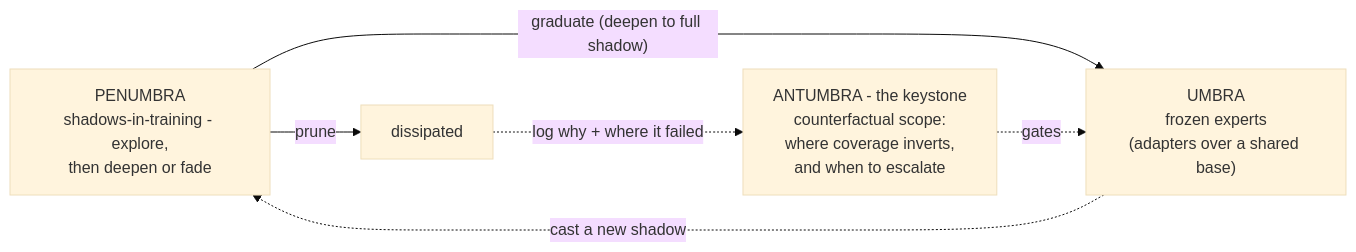
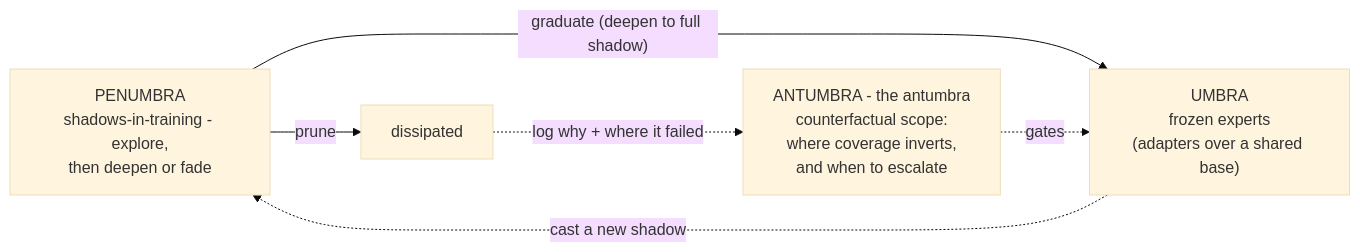
Before and after one commit to albedosehen/antumbra: the first of 15 diagrams in docs/diagrams.md, drawn with Mermaid (base theme). The commit also changed other lines of this file and 22 other files, not shown here.

````diff
--- a/docs/diagrams.md
+++ b/docs/diagrams.md
@@ -19,8 +19,8 @@
 ```mermaid
 flowchart LR
     PEN["PENUMBRA<br/>shadows-in-training - explore,<br/>then deepen or fade"] -->|"graduate (deepen to full shadow)"| UMB["UMBRA<br/>frozen experts<br/>(adapters over a shared base)"]
     PEN -->|"prune"| X["dissipated"]
     UMB -.->|"cast a new shadow"| PEN
-    ANT["ANTUMBRA - the keystone<br/>counterfactual scope:<br/>where coverage inverts,<br/>and when to escalate"] -.->|"gates"| UMB
+    ANT["ANTUMBRA - the antumbra<br/>counterfactual scope:<br/>where coverage inverts,<br/>and when to escalate"] -.->|"gates"| UMB
     X -.->|"log why + where it failed"| ANT
 ```
````
